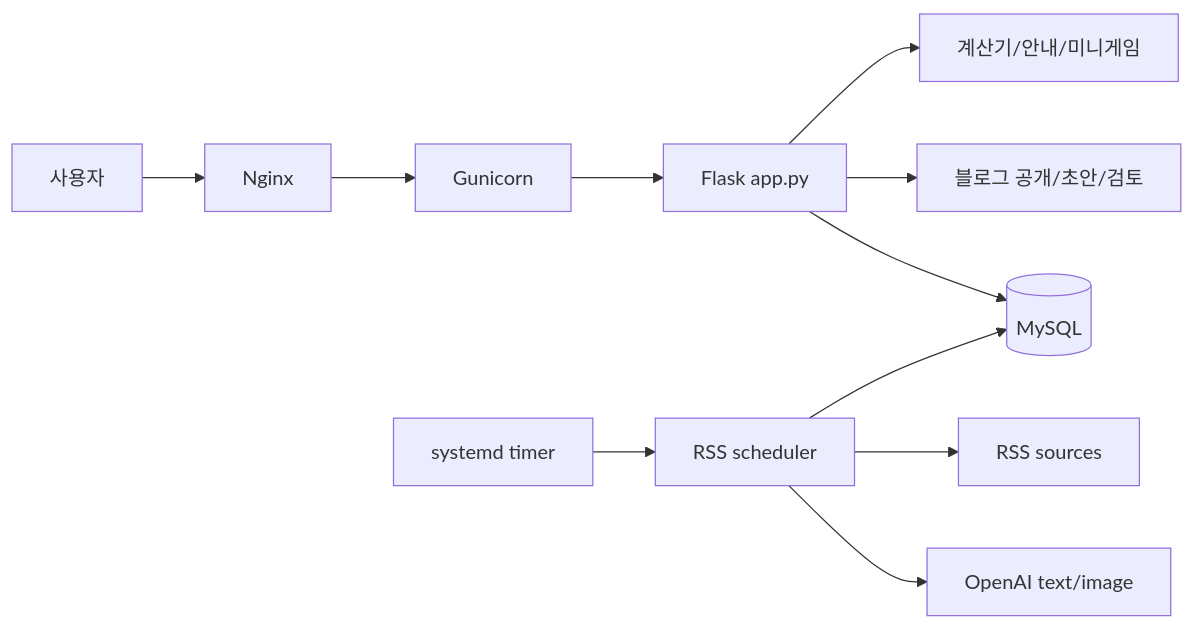
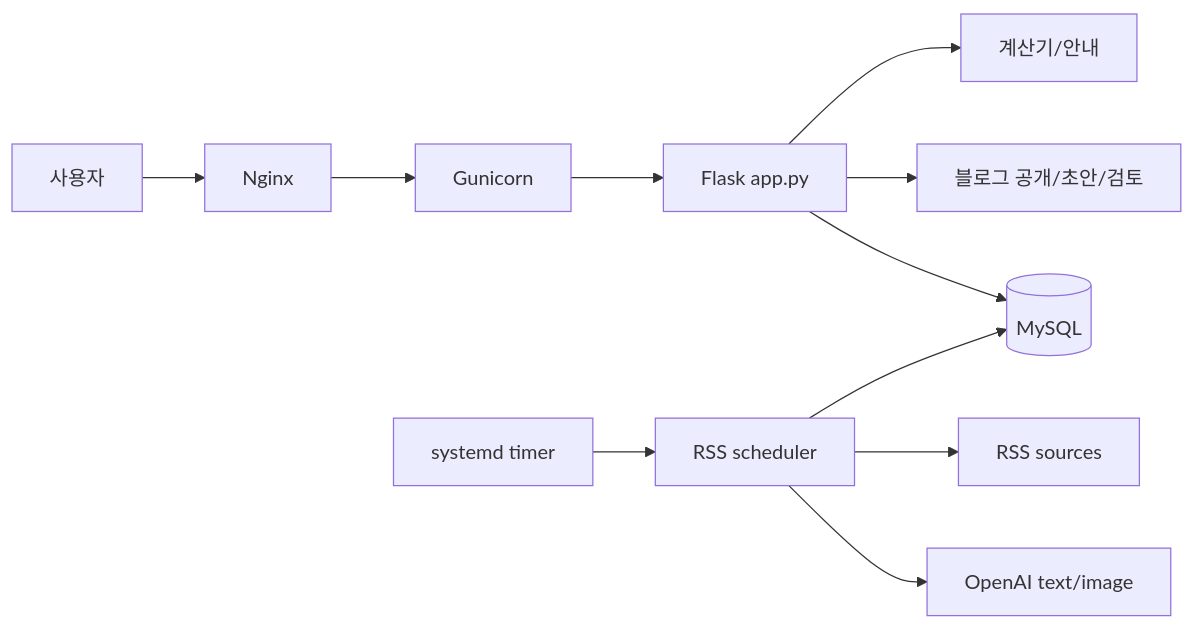
Before and after one commit to ddonggi/ageCalc: the diagram in readme.md, drawn with Mermaid. The commit also changed other lines of this file and 14 other files, not shown here.

````diff
--- a/readme.md
+++ b/readme.md
@@ -27,13 +28,13 @@
 ```mermaid
 flowchart LR
     User[사용자] --> Nginx[Nginx]
     Nginx --> Gunicorn[Gunicorn]
     Gunicorn --> Flask[Flask app.py]
-    Flask --> Pages[계산기/안내/미니게임]
+    Flask --> Pages[계산기/안내]
     Flask --> Blog[블로그 공개/초안/검토]
     Flask --> MySQL[(MySQL)]
     Timer[systemd timer] --> Scheduler[RSS scheduler]
     Scheduler --> RSS[RSS sources]
     Scheduler --> OpenAI[OpenAI text/image]
     Scheduler --> MySQL
 ```
````
